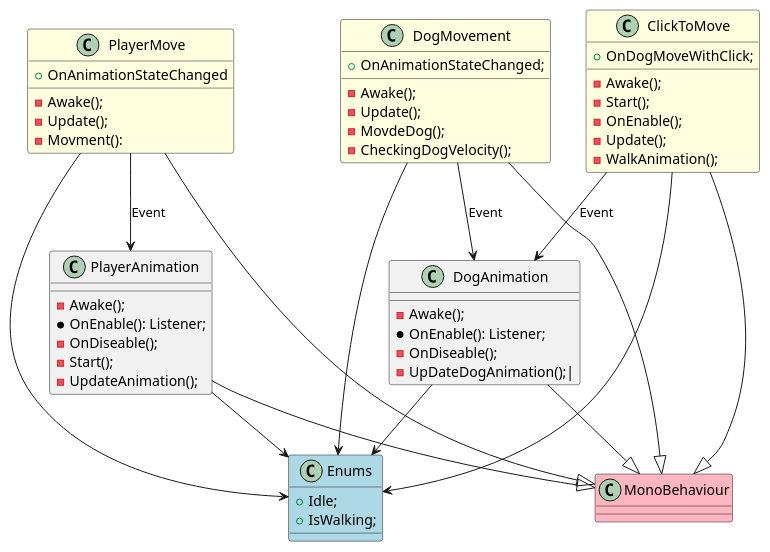
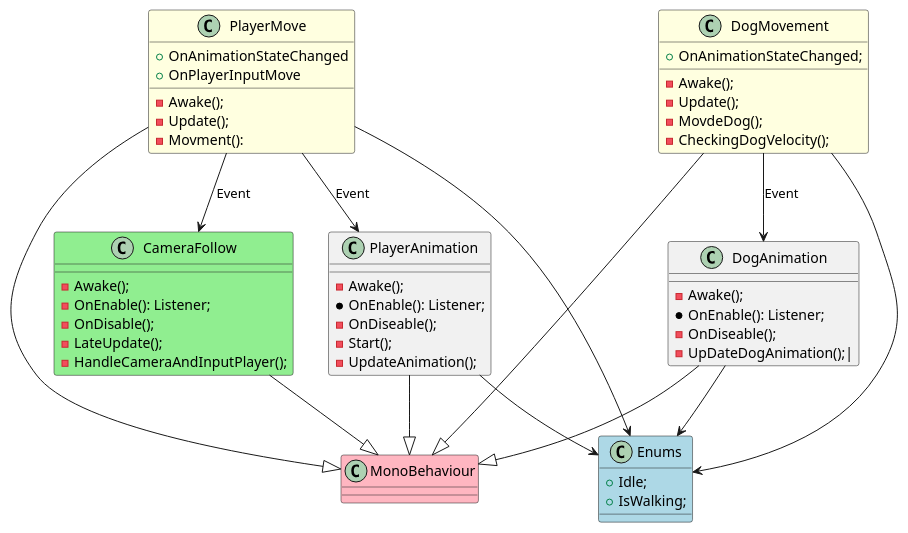
Before and after one commit to RuuRoger/TOGETHER: the diagram in Assets/Scripts/PlayerAndDogEcosystem/PlayerAndDogEcosystem.puml, drawn with PlantUML.

Commit message:
feat: new cass added, camerafollow

```diff
--- a/Assets/Scripts/PlayerAndDogEcosystem/PlayerAndDogEcosystem.puml
+++ b/Assets/Scripts/PlayerAndDogEcosystem/PlayerAndDogEcosystem.puml
@@ -1,72 +1,73 @@
 @startuml
 
 class MonoBehaviour #LightPink
 
 class Enums #LightBlue
 {
     + Idle;
     + IsWalking;
 }
 
 class PlayerMove #LightYellow
 {
     + OnAnimationStateChanged
+    + OnPlayerInputMove
     - Awake();
     - Update();
     - Movment():
 }
 
 class PlayerAnimation 
 {
     - Awake();
     * OnEnable(): Listener;
     - OnDiseable();
     - Start();
     - UpdateAnimation();
 }
 
 class DogMovement #LightYellow
 {
     + OnAnimationStateChanged;
     - Awake();
     - Update();
     - MovdeDog();
     - CheckingDogVelocity();
 }
 
 class DogAnimation
 {
     - Awake();
     * OnEnable(): Listener;
     - OnDiseable();
     - UpDateDogAnimation();|
 }
 
-class ClickToMove #LightYellow
+class CameraFollow #LightGreen
 {
-    + OnDogMoveWithClick;
     - Awake();
-    - Start();
-    - OnEnable();
-    - Update();
-    - WalkAnimation();
+    - OnEnable(): Listener;
+    - OnDisable();
+    - LateUpdate();
+    - HandleCameraAndInputPlayer();
 }
+
+
 
 PlayerMove --|> MonoBehaviour
 PlayerAnimation --|> MonoBehaviour
 DogMovement --|> MonoBehaviour
 DogAnimation --|> MonoBehaviour
+CameraFollow --|> MonoBehaviour
 
 PlayerMove --> Enums
 PlayerAnimation --> Enums
 DogMovement --> Enums
 DogAnimation --> Enums
 
 PlayerMove --> PlayerAnimation : Event
+PlayerMove --> CameraFollow : Event
 DogMovement --> DogAnimation : Event
 
-ClickToMove --|> MonoBehaviour
-ClickToMove --> DogAnimation : Event
-ClickToMove --> Enums
 
 @enduml
```
